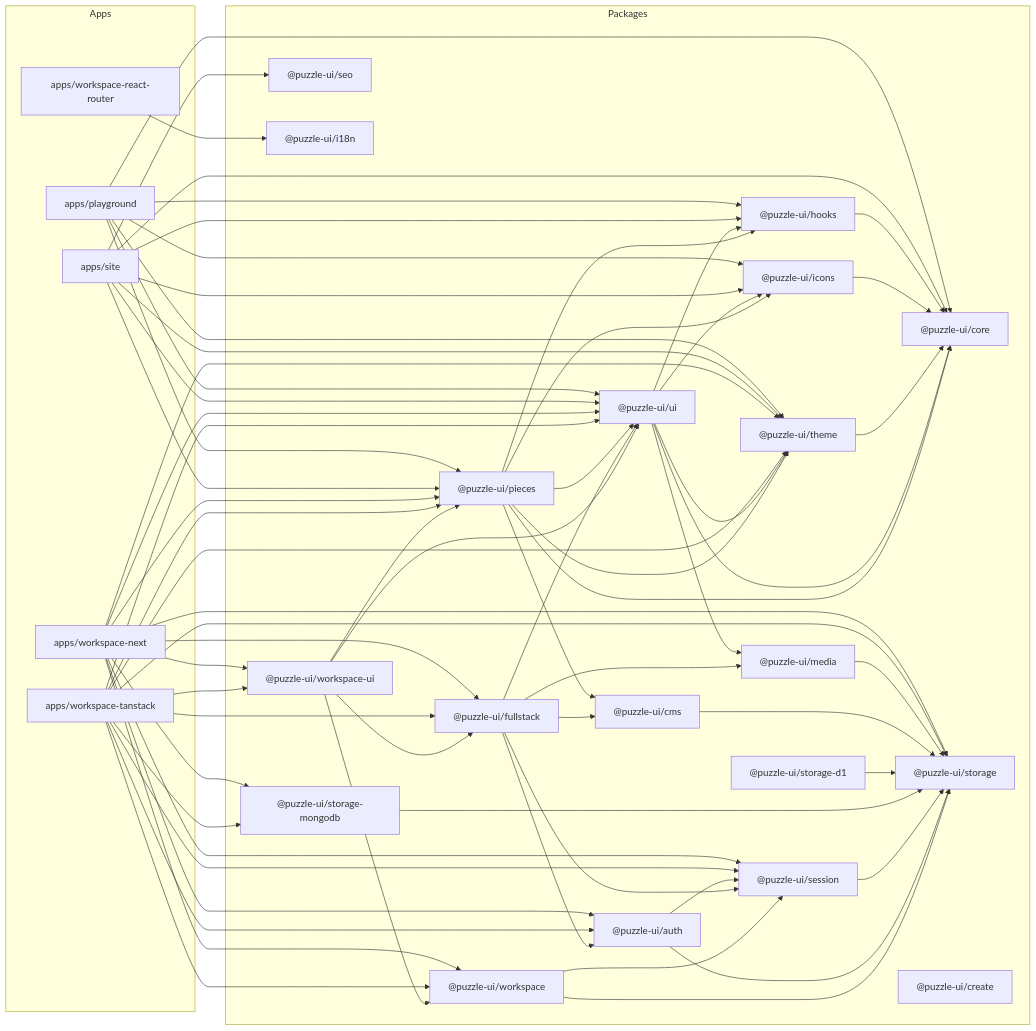
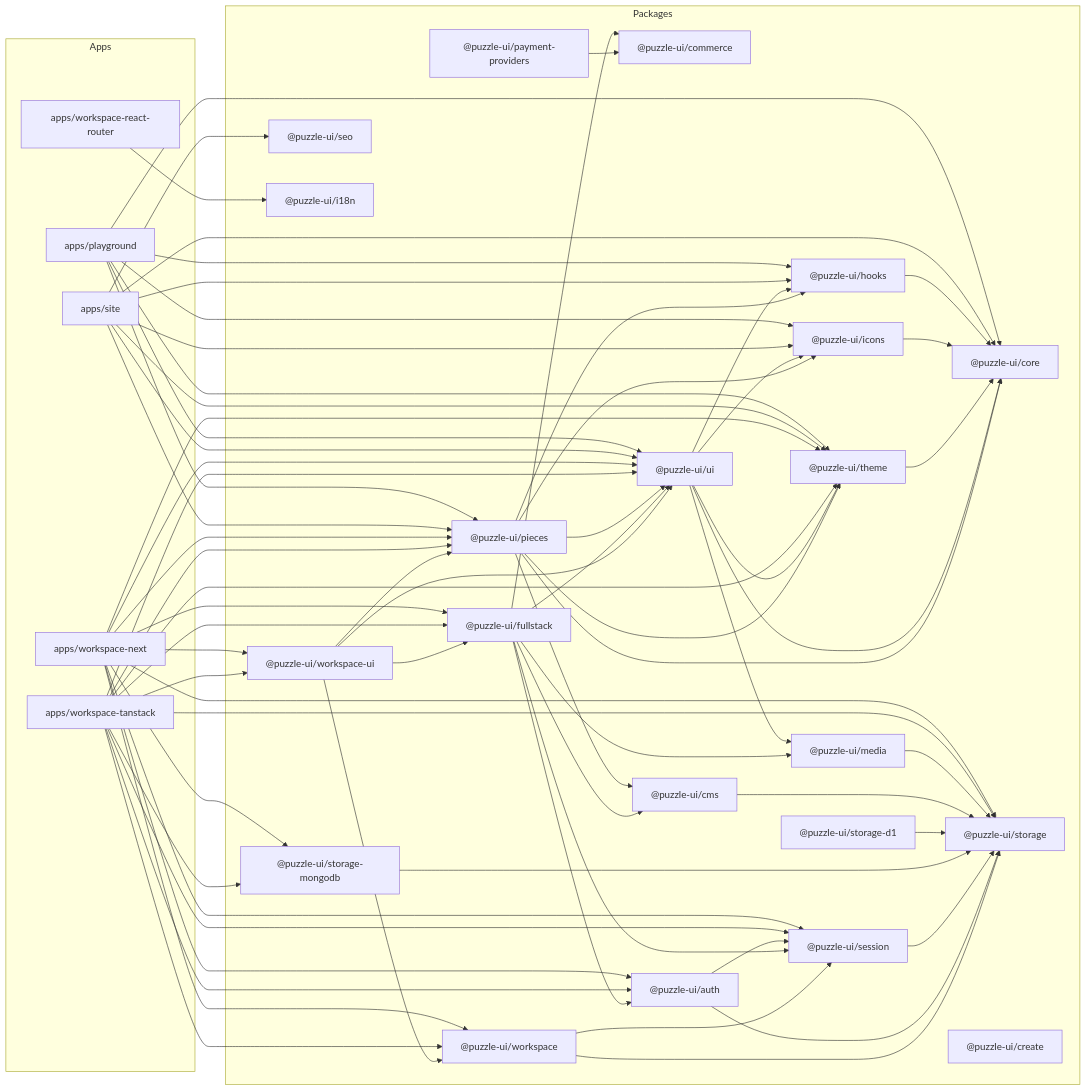
Before and after one commit to senorprogramador/puzzle: the diagram in docs/ai/architecture/overview.md, drawn with Mermaid. The commit also changed other lines of this file and 77 other files, not shown here.

```diff
--- a/docs/ai/architecture/overview.md
+++ b/docs/ai/architecture/overview.md
@@ -37,6 +37,7 @@
 
   subgraph Packages
     core["@puzzle-ui/core"]
+    commerce["@puzzle-ui/commerce"]
     hooks["@puzzle-ui/hooks"]
     icons["@puzzle-ui/icons"]
     theme["@puzzle-ui/theme"]
@@ -50,6 +51,7 @@
     session["@puzzle-ui/session"]
     auth["@puzzle-ui/auth"]
     fullstack["@puzzle-ui/fullstack"]
+    paymentproviders["@puzzle-ui/payment-providers"]
     seo["@puzzle-ui/seo"]
     i18n["@puzzle-ui/i18n"]
     create["@puzzle-ui/create"]
@@ -123,6 +125,8 @@
   fullstack --> session
   fullstack --> media
   fullstack --> cms
+  fullstack --> commerce
+  paymentproviders --> commerce
   workspace --> storage
   workspace --> session
   workspaceui --> fullstack
```
